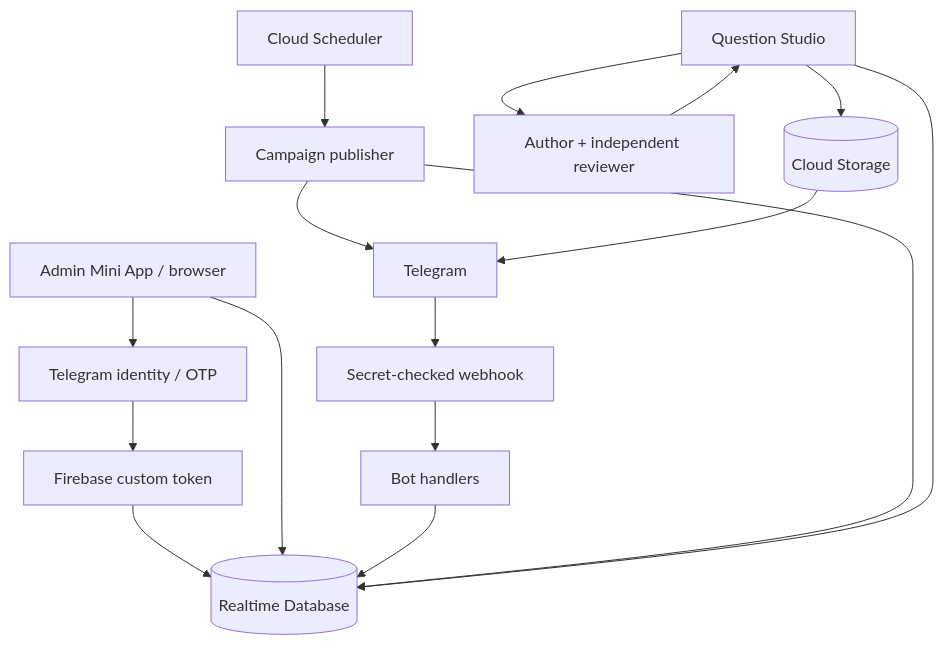
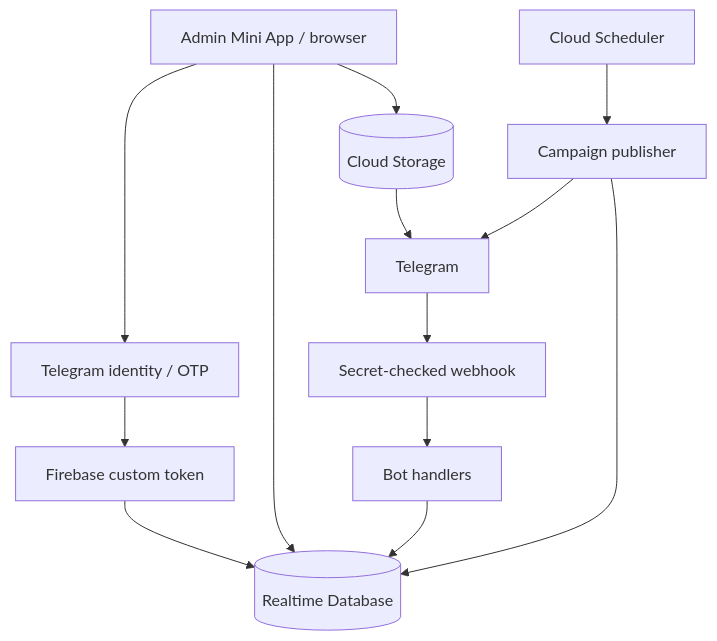
The second of 2 diagrams in README.product.md (AQADIL/AkadilEDU-PRIME), drawn with Mermaid before and after one commit. The commit also changed other lines of this file and 63 other files, not shown here.

````diff
--- a/README.product.md
+++ b/README.product.md
@@ -166,18 +156,15 @@
 ```mermaid
 flowchart TB
     TG[Telegram] --> WH[Secret-checked webhook]
     WH --> BOT[Bot handlers]
     TIMER[Cloud Scheduler] --> CAM[Campaign publisher]
     CAM --> TG
     ADMIN[Admin Mini App / browser] --> AUTH[Telegram identity / OTP]
     AUTH --> TOKEN[Firebase custom token]
     TOKEN --> DATA[(Realtime Database)]
     ADMIN --> DATA
     BOT --> DATA
     CAM --> DATA
-    STUDIO[Question Studio] --> API[Author + independent reviewer]
-    API --> STUDIO
-    STUDIO --> DATA
-    STUDIO --> MEDIA[(Cloud Storage)]
+    ADMIN --> MEDIA[(Cloud Storage)]
     MEDIA --> TG
 ```
````
